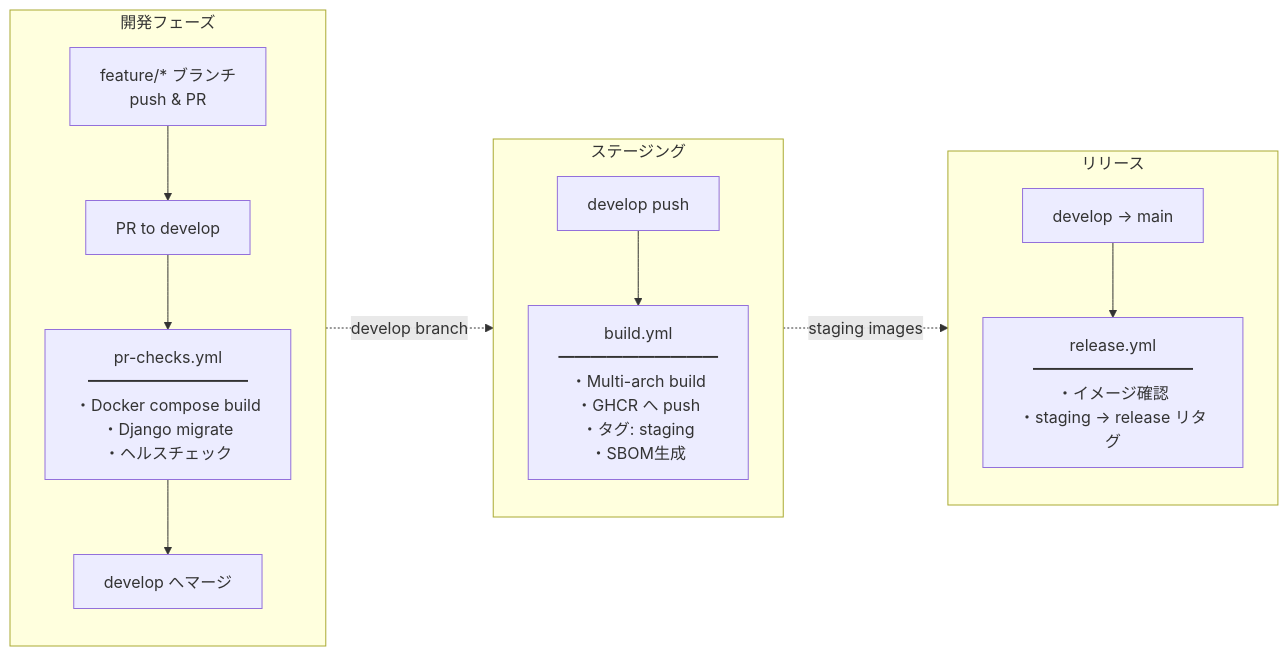
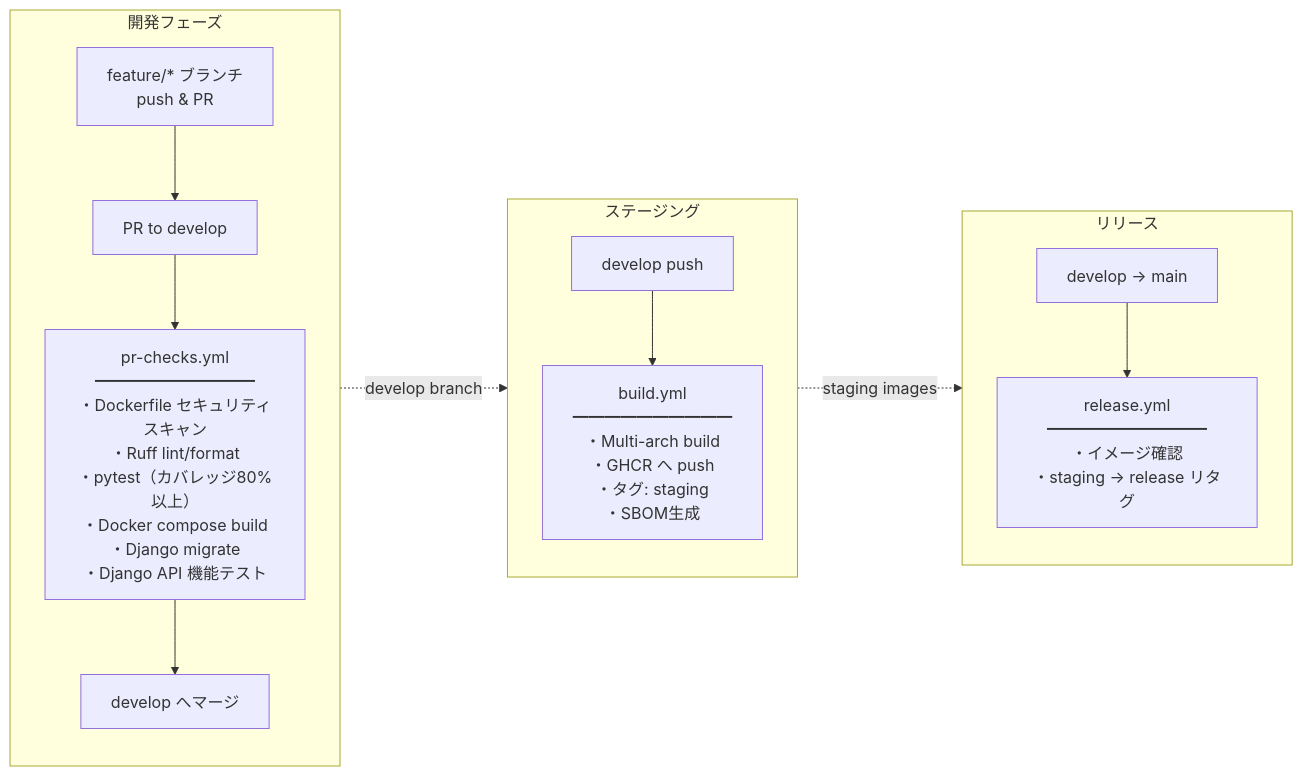
Before and after one commit to kagiyama-baking/kawashiro-server: the diagram in README.md, drawn with Mermaid. The commit also changed other lines of this file, not shown here.

````diff
--- a/README.md
+++ b/README.md
@@ -244,38 +243,38 @@
 ```mermaid
 flowchart LR
 
   %% 開発フェーズ（PR → develop）
   subgraph Dev["開発フェーズ"]
     direction TB
     A[feature/* ブランチ<br/>push & PR]
     B[PR to develop]
-    C[pr-checks.yml<br/>━━━━━━━━━━<br/>・Docker compose build<br/>・Django migrate<br/>・ヘルスチェック]
+    C[pr-checks.yml<br/>━━━━━━━━━━<br/>・Dockerfile セキュリティスキャン<br/>・Ruff lint/format<br/>・pytest（カバレッジ80%以上）<br/>・Docker compose build<br/>・Django migrate<br/>・Django API 機能テスト]
     D[develop へマージ]
 
     A --> B
     B --> C
     C --> D
   end
 
   %% ステージング（develop push）
   subgraph Stg["ステージング"]
     direction TB
     E[develop push]
     F[build.yml<br/>━━━━━━━━━━<br/>・Multi-arch build<br/>・GHCR へ push<br/>・タグ: staging<br/>・SBOM生成]
 
     E --> F
   end
 
   %% リリース（main push）
   subgraph Rel["リリース"]
     direction TB
     G[develop → main]
     H[release.yml<br/>━━━━━━━━━━<br/>・イメージ確認<br/>・staging → release リタグ]
 
     G --> H
   end
 
   %% フェーズ間の接続
   Dev -.->|develop branch| Stg
   Stg -.->|staging images| Rel
 ```
````
